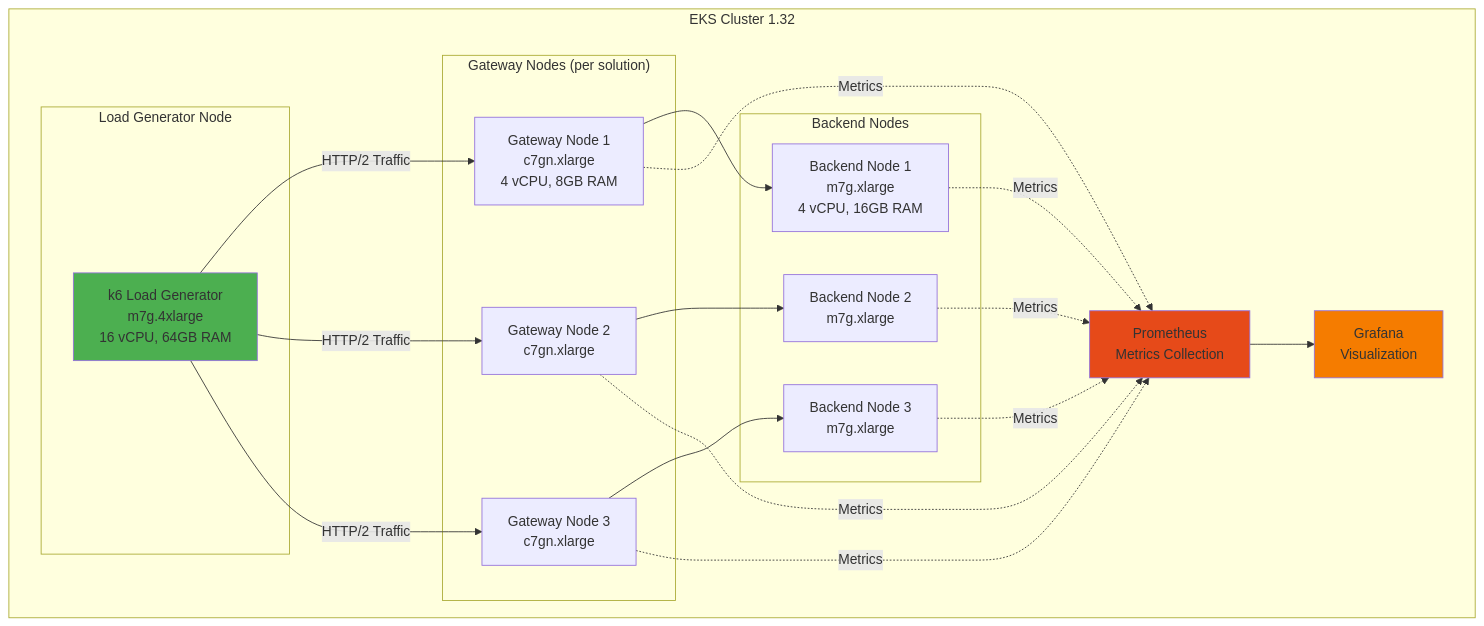
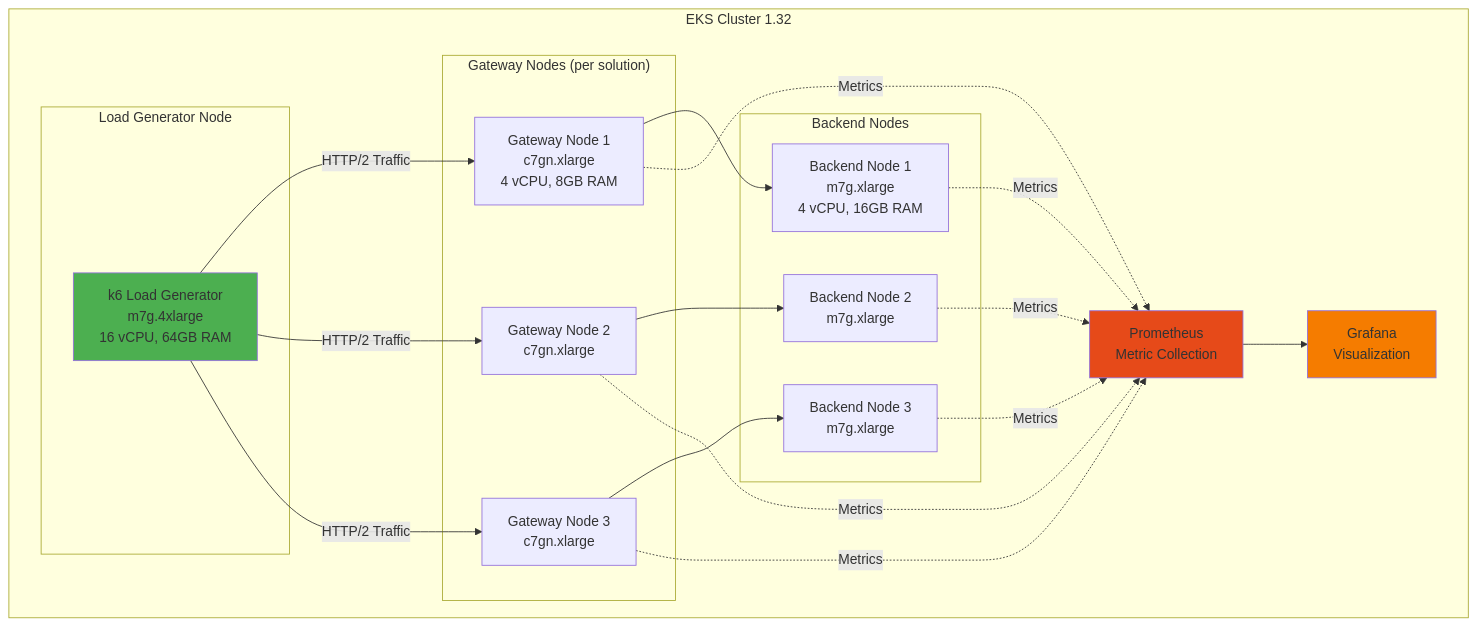
One commit to devfloor9/engineering-playbook changed the diagram in i18n/en/docusaurus-plugin-content-docs/current/benchmarks/gateway-api-benchmark.md. Above: the diagram before and after it, drawn with Mermaid. The commit also changed other lines of this file and 95 other files, not shown here.

````diff
--- a/i18n/en/docusaurus-plugin-content-docs/current/benchmarks/gateway-api-benchmark.md
+++ b/i18n/en/docusaurus-plugin-content-docs/current/benchmarks/gateway-api-benchmark.md
@@ -35,44 +35,44 @@
 ```mermaid
 graph TB
     subgraph "EKS Cluster 1.32"
         subgraph "Load Generator Node"
             K6[k6 Load Generator<br/>m7g.4xlarge<br/>16 vCPU, 64GB RAM]
         end
 
         subgraph "Gateway Nodes (per solution)"
             GW1[Gateway Node 1<br/>c7gn.xlarge<br/>4 vCPU, 8GB RAM]
             GW2[Gateway Node 2<br/>c7gn.xlarge]
             GW3[Gateway Node 3<br/>c7gn.xlarge]
         end
 
         subgraph "Backend Nodes"
             BE1[Backend Node 1<br/>m7g.xlarge<br/>4 vCPU, 16GB RAM]
             BE2[Backend Node 2<br/>m7g.xlarge]
             BE3[Backend Node 3<br/>m7g.xlarge]
         end
 
-        PROM[Prometheus<br/>Metrics Collection]
+        PROM[Prometheus<br/>Metric Collection]
         GRAFANA[Grafana<br/>Visualization]
 
         K6 -->|HTTP/2 Traffic| GW1
         K6 -->|HTTP/2 Traffic| GW2
         K6 -->|HTTP/2 Traffic| GW3
 
         GW1 --> BE1
         GW2 --> BE2
         GW3 --> BE3
 
         GW1 -.->|Metrics| PROM
         GW2 -.->|Metrics| PROM
         GW3 -.->|Metrics| PROM
         BE1 -.->|Metrics| PROM
         BE2 -.->|Metrics| PROM
         BE3 -.->|Metrics| PROM
 
         PROM --> GRAFANA
     end
 
     style K6 fill:#4CAF50
     style PROM fill:#E64A19
     style GRAFANA fill:#F57C00
 ```
````
